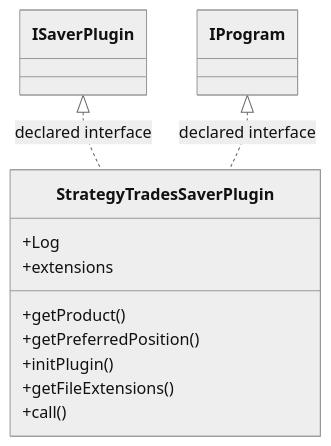
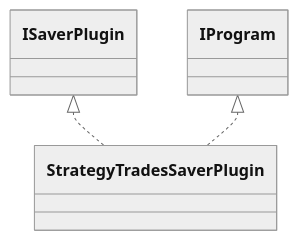
One commit to haruperi/HaruQuantAI changed the diagram in docs/sqx/Shared/SaverStrategyTrades.md. Above: the diagram before and after it, drawn with Mermaid (neutral theme). The commit also changed other lines of this file and 1688 other files, not shown here.

````diff
--- a/docs/sqx/Shared/SaverStrategyTrades.md
+++ b/docs/sqx/Shared/SaverStrategyTrades.md
@@ -30,16 +26,8 @@
 ```mermaid
 classDiagram
-    class C68f7a7d92a8a["StrategyTradesSaverPlugin"] {
-        +Log
-        +extensions
-        +getProduct()
-        +getPreferredPosition()
-        +initPlugin()
-        +getFileExtensions()
-        +call()
-    }
-    class C1b6b4448b67b["IProgram"]
-    class C28a2142c6554["ISaverPlugin"]
-    C28a2142c6554 <|.. C68f7a7d92a8a : declared interface
-    C1b6b4448b67b <|.. C68f7a7d92a8a : declared interface
+    class C0["StrategyTradesSaverPlugin"]
+    class E0["ISaverPlugin"]
+    E0 <|.. C0
+    class E1["IProgram"]
+    E1 <|.. C0
 ```
````
